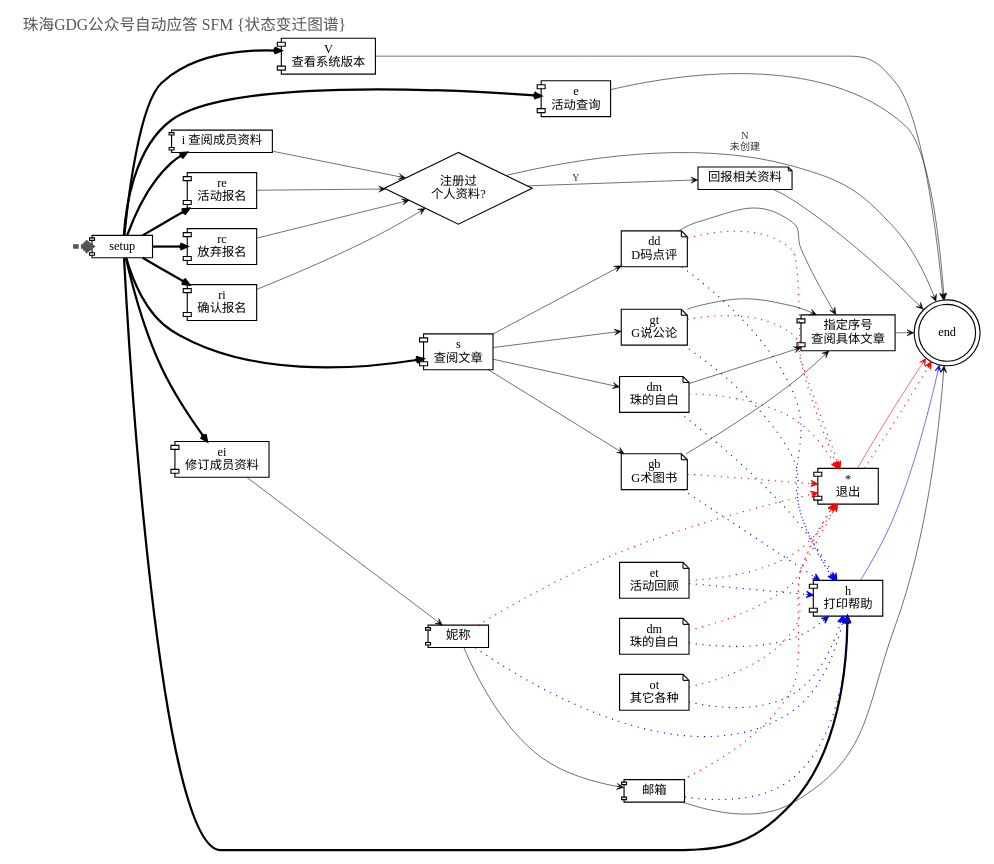
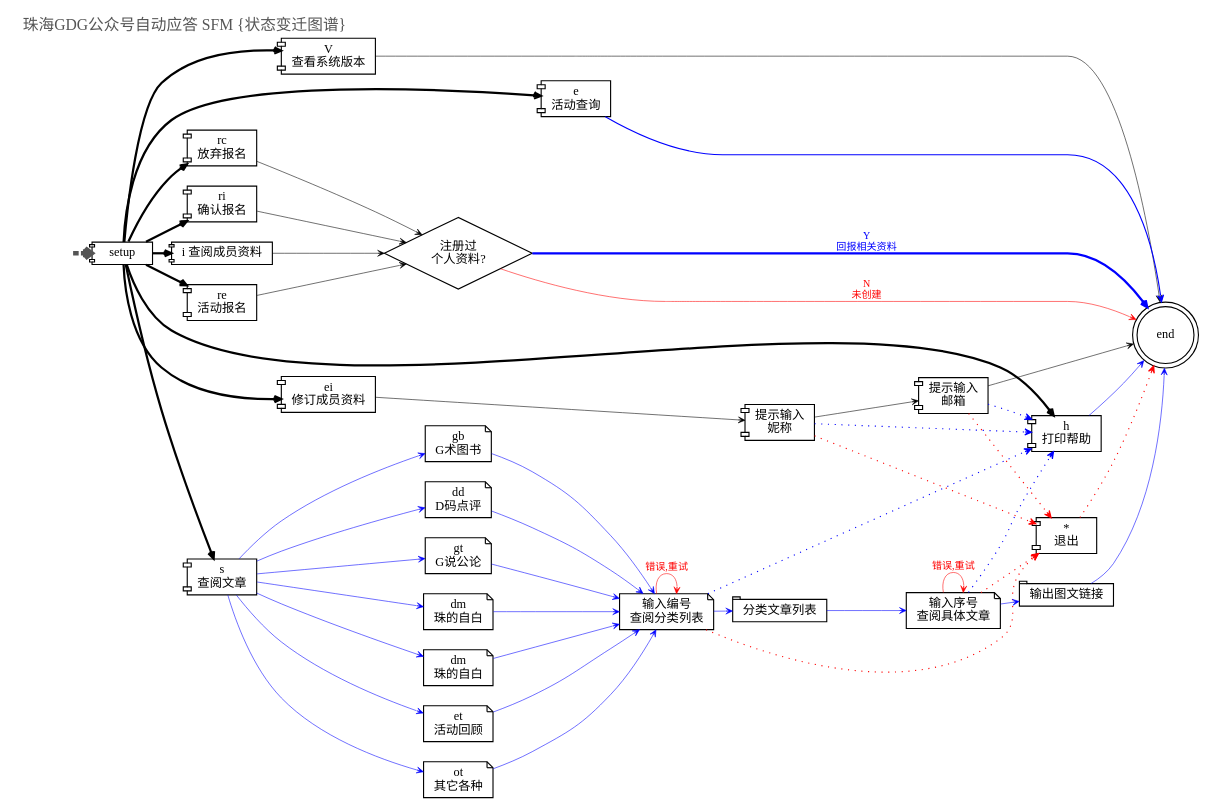
Before and after one commit to ZHGDG/techparty: the diagram in static/map/gdg_fsm_map.dot, drawn with Graphviz. The commit also changed 10 other files, not shown here.

```diff
--- a/static/map/gdg_fsm_map.dot
+++ b/static/map/gdg_fsm_map.dot
@@ -1,122 +1,128 @@
     /*生成命令:
 $ dot -Tpng gdg_fsm_map.dot -o gdg_fsm_map.png
  -Tcmapx -o lb-crx-roles.map
 全局设定::
     plaintext
     */
 
 digraph G4gdg_fsm_map {
     /*全局设定*/
     graph [label="珠海GDG公众号自动应答 SFM {状态变迁图谱}"
         ,fontsize=14.0
         ,fontname="WenQuanYi Micro Hei"
         ,fontcolor="#555555"
         ,labeljust="l",labelloc="t",center=1
         ,ranksep=0.2,center=1,ratio=compress
         ,rankdir=LR
         ];
 
     node[fontsize=11.0,height=0.2
         ,fontname="WenQuanYi Micro Hei"
         ,shape=component 
         ];
 
     edge [fontsize=9.0,fontcolor="#333333"
         ,fontname="WenQuanYi Micro Hei"
         ,arrowsize=0.6,arrowhead=vee,arrowtail=none
         ,style="setlinewidth(0.5)"
         ];
 /*
     src [label="源码",shape=ellipse,style="filled,dashed,setlinewidth(5)"
         ,color="#333333",fillcolor=dimgray
         ,URL="http://code.google.com/p/zoomquiet/source/browse/dot/obp/csdndr1-km.dot?repo=tangle"];
     /*图元声明
     start       [label="流程开始/结束",shape=point];
     end         [label="",shape=doublecircle,fillcolor=red];
 
     box         [label="实体/对象",shape=box];
     ellipse     [label="行动/节点",shape=ellipse];
     egg         [label="用户/人物",shape=egg];
     plaintext   [label="状态/属性",shape=plaintext,fillcolor=whitesmoke];
     diamond     [label="判别",shape=diamond];
     note        [label="注释",shape=note];
     tab         [label="目录/模块",shape=tab];
     db          [label="数据库",shape=box3d];
     component   [label="主机/组件",shape=component];
   ,style="rounded,dotted"];
     CONFIRM_REG [label="ce 确认参加活动",shape=component];
 */
 
     start       [label="",shape=plaintext];
     setup       [label="setup",shape=component];
     end         [label="end",shape=doublecircle];
 
     HELP [label="h\n打印帮助",shape=component];
     VERSION [label="V\n查看系统版本",shape=component];
 
     CANCEL [label="*\n退出",shape=component];
 
     EVENT [label="e\n活动查询",shape=component];
     REG_EVEN [label="re\n活动报名",shape=component];
     REG_CANCEL [label="rc\n放弃报名",shape=component];
 
-    ECHO_INFO [label="回报相关资料",shape=note];
-
     INFO_REG [label="ri\n确认报名",shape=component];
 
     ME [label="i 查阅成员资料",shape=component];
         isINFO [label="注册过\n个人资料?",shape=diamond];
     ME_INFO [label="ei\n修订成员资料",shape=component];
-        ME_ALIAS [label="妮称",shape=component];
-        ME_EM [label="邮箱",shape=component];
+        ME_ALIAS [label="提示输入\n妮称",shape=component];
+        ME_EM [label="提示输入\n邮箱",shape=component];
 
     SEEK [label="s\n查阅文章",shape=component];
         GB [label="gb\nG术图书",shape=note];
         DD [label="dd\nD码点评",shape=note];
         GT [label="gt\nG说公论",shape=note];
         DM [label="dm\n珠的自白",shape=note];
         HD [label="dm\n珠的自白",shape=note];
         ET [label="et\n活动回顾",shape=note];
         OT [label="ot\n其它各种",shape=note];
-            NO [label="指定序号\n查阅具体文章",shape=component];
-
+            TAG [label="输入编号\n查阅分类列表",shape=note];
+            PLI [label="分类文章列表",shape=tab];
+            PID [label="输入序号\n查阅具体文章",shape=note];
+            EXP [label="输出图文链接",shape=tab];
 
     /*图例关系
     srvPUB->installer [label="2.0",style="dotted"];
             ME_EM->ME_CONFIRM;
+    ECHO_INFO [label="回报相关资料",shape=note];
     */
     start->setup [color="#555555",style="dashed,setlinewidth(4)"];
     
     setup->{EVENT REG_EVEN ME ME_INFO INFO_REG REG_CANCEL SEEK HELP VERSION} [style="setlinewidth(2)"];
         {INFO_REG REG_EVEN ME REG_CANCEL}->isINFO;
-            isINFO->end [label="N\n未创建"];
-            isINFO->ECHO_INFO [label="Y"];
+            isINFO->end [label="N\n未创建",fontcolor=red,color=red];
+            isINFO->end [label="Y\n回报相关资料",fontcolor=blue,color=blue,style="setlinewidth(2)"];
         ME_INFO->ME_ALIAS->ME_EM;
-        SEEK->{GB DD GT DM}->NO;
-    {EVENT ME_EM NO ECHO_INFO VERSION}->end;
 
-    {ME_ALIAS ME_EM GB DD GT DM HD ET OT}->CANCEL->end [color=red,style="dotted"];
-        CANCEL->end [color=red];
-    {ME_ALIAS ME_EM GB DD GT DM HD ET OT}->HELP [color=blue,style="dotted"];
+    {ME_EM VERSION}->end;
+        EVENT->end [color=blue,style="setlinewidth(1)"];
+
+    {ME_ALIAS ME_EM TAG PID}->CANCEL->end [color=red,style="dotted"];
+
+    SEEK->{GB DD GT DM HD ET OT}->TAG->PLI->PID->EXP->end [color=blue];
+        TAG->TAG [label="错误,重试",fontcolor=red,color=red];
+        PID->PID [label="错误,重试",fontcolor=red,color=red];
+
+    {ME_ALIAS ME_EM TAG PID}->HELP [color=blue,style="dotted"];
         HELP->end [color=blue];
 
 
 
 
 /*
     { rank=same; PUB    srvA srvB srvN; }
     { rank=same; DL     installer; }
     { rank=same; CHK    chker; }
     { rank=same; DONE   bkStore; }
 
     PUB[label="发布阶段",shape=plaintext];
     DL[label="下载阶段",shape=plaintext];
     CHK[label="检查阶段",shape=plaintext];
     DONE[label="完成阶段",shape=plaintext];
         PUB->DL->CHK->DONE;
 
         srvPUB->srvAC;
         srvA->srvB->srvN;
 */
     edge [style=invis];
 }
```
